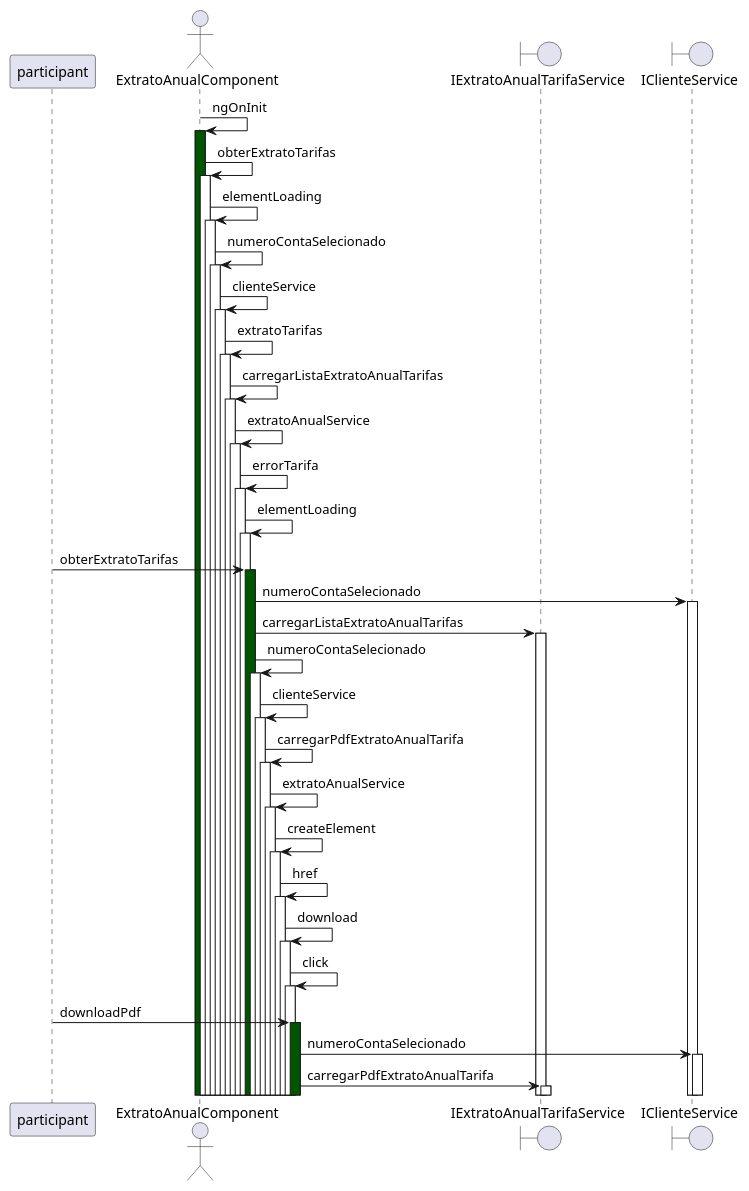
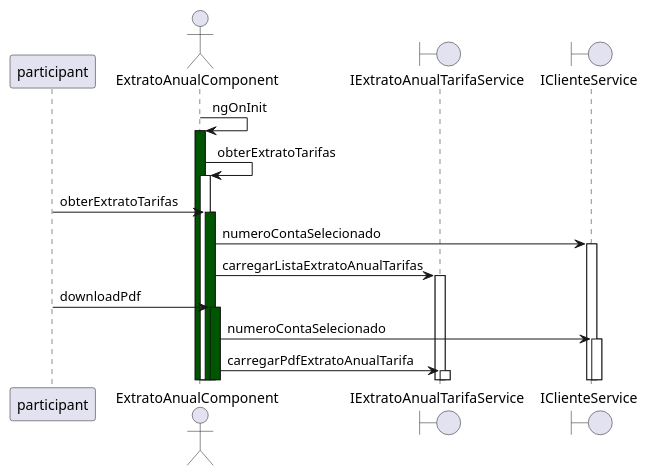
Before and after one commit to tommymolto/ng-reverse-uml: the diagram in example/extrato-anual.component.ts.sequence.puml, drawn with PlantUML. The commit also changed 2 other files, not shown here.

```diff
--- a/example/extrato-anual.component.ts.sequence.puml
+++ b/example/extrato-anual.component.ts.sequence.puml
@@ -1,31 +1,15 @@
 @startuml 
  autoactivate on 
  participant participant as Usuario
 actor  ExtratoAnualComponent as ExtratoAnualComponent
 boundary  IExtratoAnualTarifaService as extratoAnualService
 boundary  IClienteService as clienteService
 ExtratoAnualComponent->ExtratoAnualComponent #005500: ngOnInit 
 ExtratoAnualComponent->ExtratoAnualComponent : obterExtratoTarifas 
-ExtratoAnualComponent->ExtratoAnualComponent : elementLoading 
-ExtratoAnualComponent->ExtratoAnualComponent : numeroContaSelecionado 
-ExtratoAnualComponent->ExtratoAnualComponent : clienteService 
-ExtratoAnualComponent->ExtratoAnualComponent : extratoTarifas 
-ExtratoAnualComponent->ExtratoAnualComponent : carregarListaExtratoAnualTarifas 
-ExtratoAnualComponent->ExtratoAnualComponent : extratoAnualService 
-ExtratoAnualComponent->ExtratoAnualComponent : errorTarifa 
-ExtratoAnualComponent->ExtratoAnualComponent : elementLoading 
 Usuario->ExtratoAnualComponent #005500: obterExtratoTarifas 
 ExtratoAnualComponent->clienteService : numeroContaSelecionado 
 ExtratoAnualComponent->extratoAnualService : carregarListaExtratoAnualTarifas 
-ExtratoAnualComponent->ExtratoAnualComponent : numeroContaSelecionado 
-ExtratoAnualComponent->ExtratoAnualComponent : clienteService 
-ExtratoAnualComponent->ExtratoAnualComponent : carregarPdfExtratoAnualTarifa 
-ExtratoAnualComponent->ExtratoAnualComponent : extratoAnualService 
-ExtratoAnualComponent->ExtratoAnualComponent : createElement 
-ExtratoAnualComponent->ExtratoAnualComponent : href 
-ExtratoAnualComponent->ExtratoAnualComponent : download 
-ExtratoAnualComponent->ExtratoAnualComponent : click 
 Usuario->ExtratoAnualComponent #005500: downloadPdf 
 ExtratoAnualComponent->clienteService : numeroContaSelecionado 
 ExtratoAnualComponent->extratoAnualService : carregarPdfExtratoAnualTarifa 
 @enduml
```
